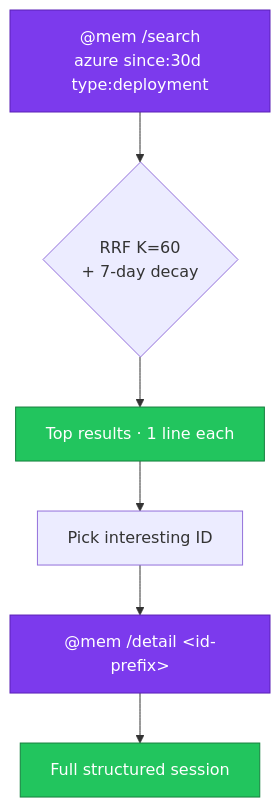
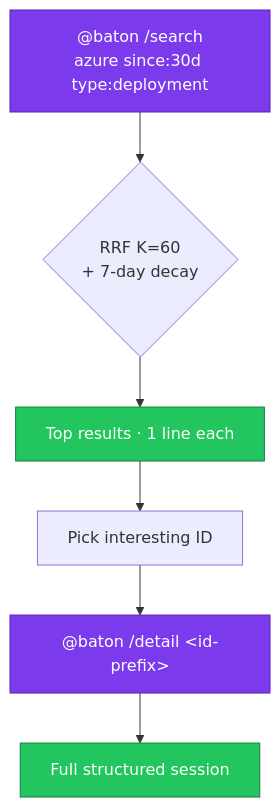
One commit to Oluseyi-Kofoworola/ghcp-mem changed the third of 5 diagrams in docs/DEMO.md. Above: the diagram before and after it, drawn with Mermaid. The commit also changed other lines of this file and 26 other files, not shown here.

````diff
--- a/docs/DEMO.md
+++ b/docs/DEMO.md
@@ -118,12 +118,12 @@
 ```mermaid
 flowchart TB
-    Q["@mem /search<br/>azure since:30d type:deployment"] --> RRF{"RRF K=60<br/>+ 7-day decay"}
+    Q["@baton /search<br/>azure since:30d type:deployment"] --> RRF{"RRF K=60<br/>+ 7-day decay"}
     RRF --> RES["Top results · 1 line each"]
     RES --> SEL["Pick interesting ID"]
-    SEL --> DETAIL["@mem /detail &lt;id-prefix&gt;"]
+    SEL --> DETAIL["@baton /detail &lt;id-prefix&gt;"]
     DETAIL --> FULL["Full structured session"]
     classDef cmd fill:#7c3aed,stroke:#5b21b6,color:#fff
     classDef out fill:#22c55e,stroke:#15803d,color:#fff
     class Q,DETAIL cmd
     class RES,FULL out
 ```
````
